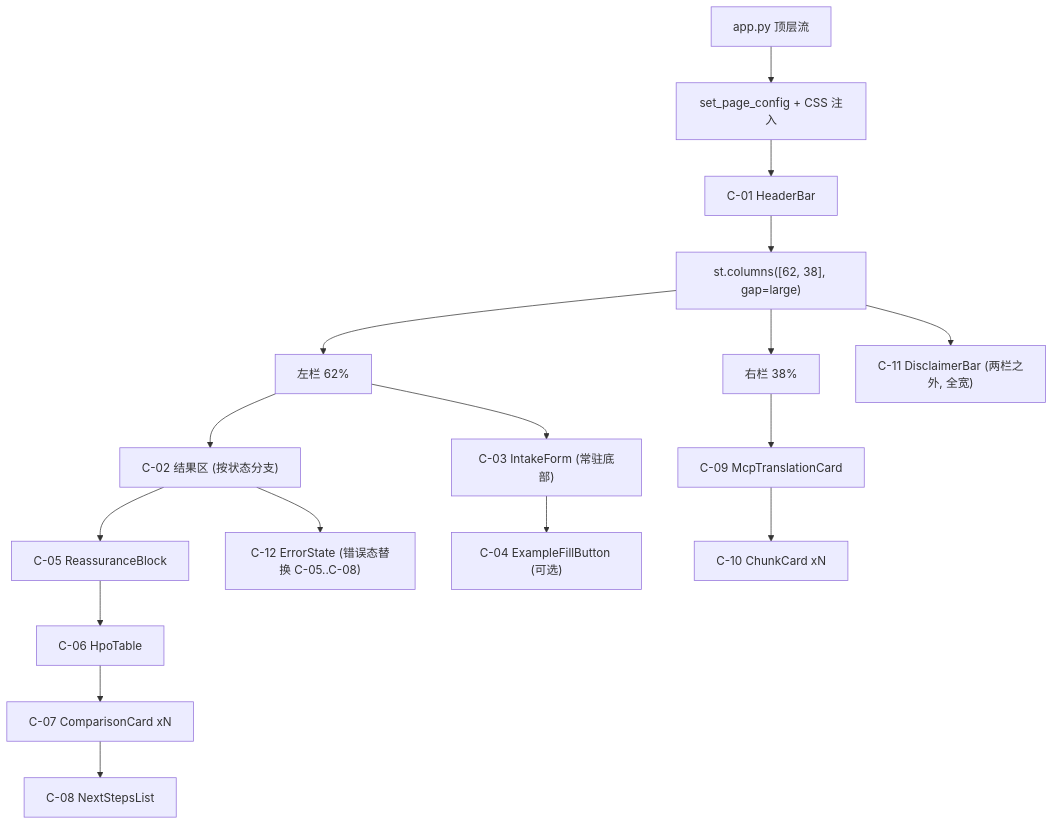
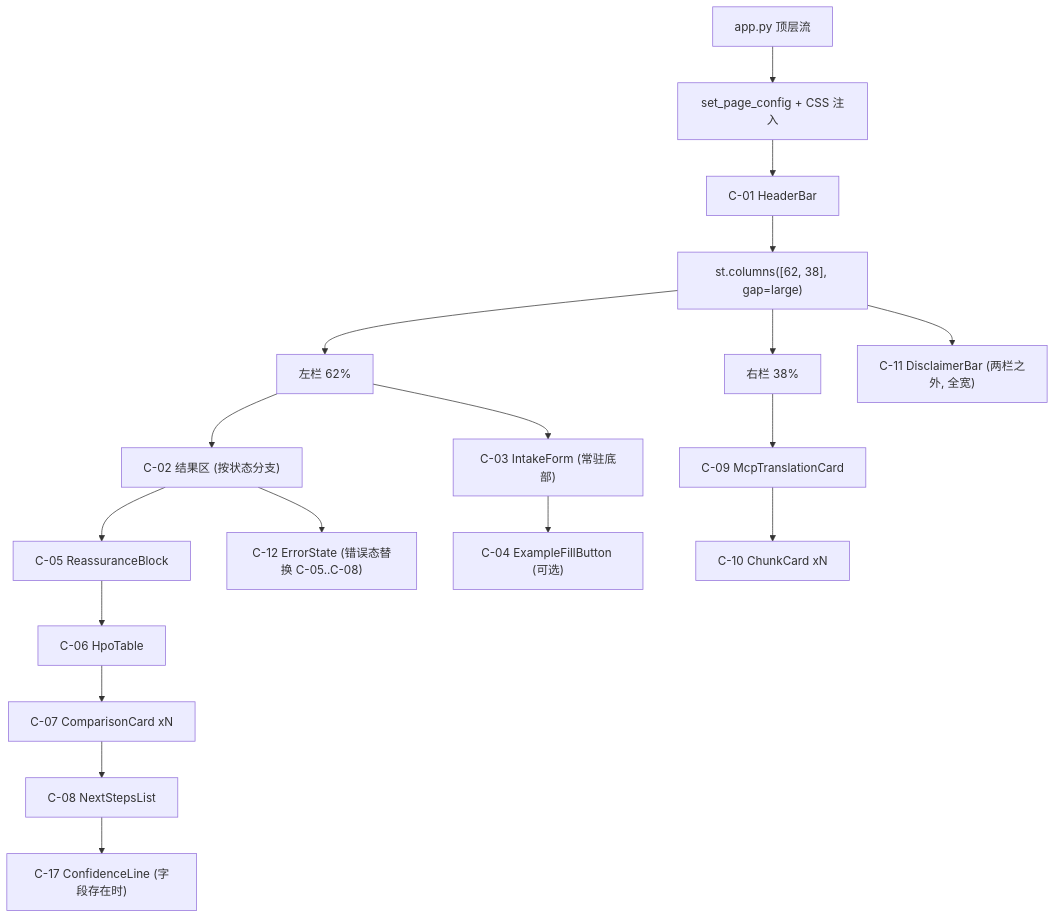
The first of 2 diagrams in docs/UI_BLUEPRINT.md (yy30537/hackathon-genetic-counseling-agent), drawn with Mermaid before and after one commit. The commit also changed other lines of this file and 2 other files, not shown here.

````diff
--- a/docs/UI_BLUEPRINT.md
+++ b/docs/UI_BLUEPRINT.md
@@ -140,19 +140,20 @@
 ```mermaid
 flowchart TD
   Page["app.py 顶层流"] --> Cfg["set_page_config + CSS 注入"]
   Cfg --> Header["C-01 HeaderBar"]
   Header --> Cols["st.columns([62, 38], gap=large)"]
   Cols --> Left["左栏 62%"]
   Cols --> Right["右栏 38%"]
   Left --> Bubble["C-02 结果区 (按状态分支)"]
   Bubble --> Quote["C-05 ReassuranceBlock"]
   Quote --> Hpo["C-06 HpoTable"]
   Hpo --> Cmp["C-07 ComparisonCard xN"]
   Cmp --> Steps["C-08 NextStepsList"]
+  Steps --> Conf["C-17 ConfidenceLine (字段存在时)"]
   Left --> Form["C-03 IntakeForm (常驻底部)"]
   Form --> Example["C-04 ExampleFillButton (可选)"]
   Right --> Mcp["C-09 McpTranslationCard"]
   Mcp --> Chunk["C-10 ChunkCard xN"]
   Cols --> Disc["C-11 DisclaimerBar (两栏之外, 全宽)"]
   Bubble --> Err["C-12 ErrorState (错误态替换 C-05..C-08)"]
 ```
````
